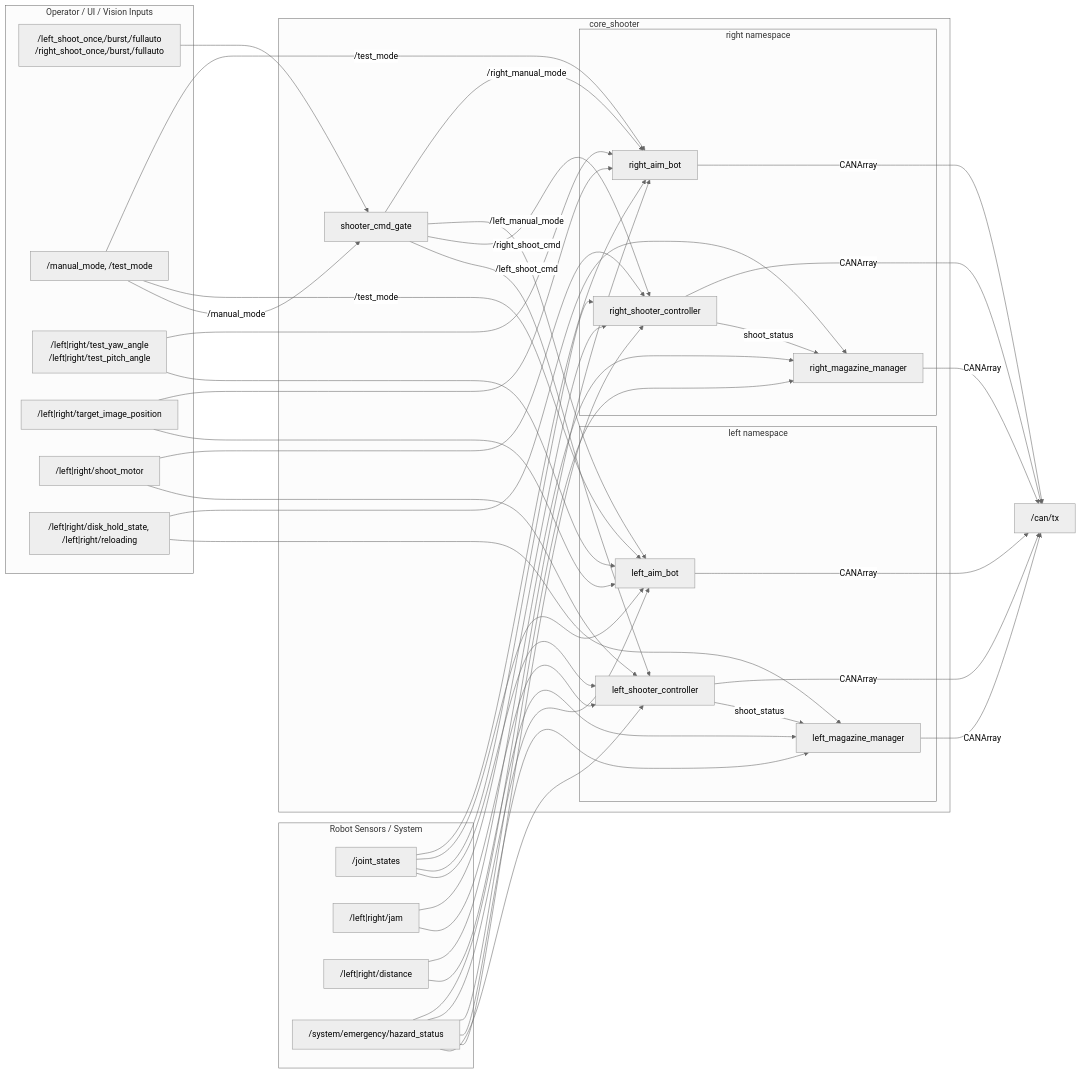
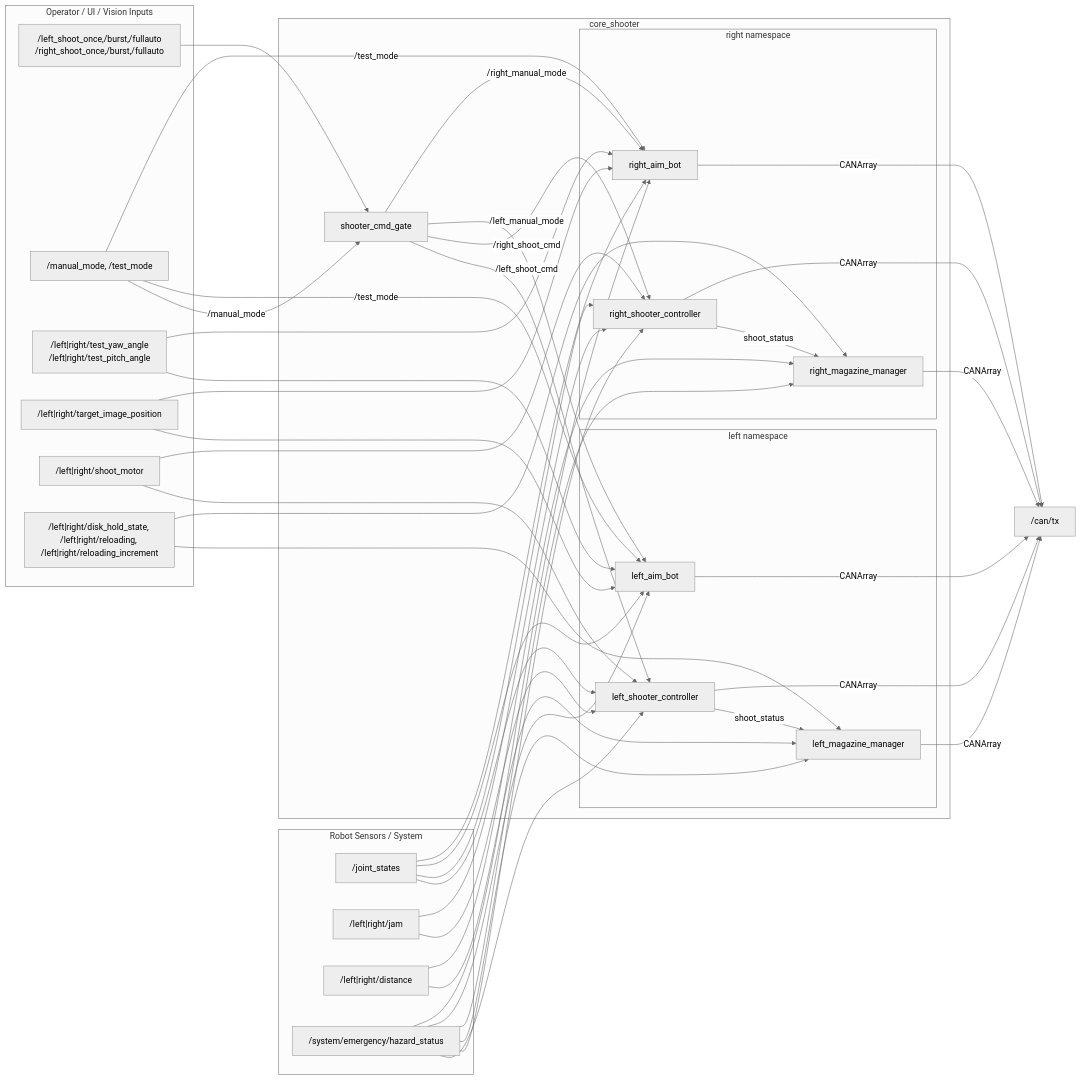
The first of 4 diagrams in core_shooter/docs/shooter_design.md (team-continue/core2026), drawn with Mermaid (neutral theme) before and after one commit. The commit also changed other lines of this file and 6 other files, not shown here.

````diff
--- a/core_shooter/docs/shooter_design.md
+++ b/core_shooter/docs/shooter_design.md
@@ -77,75 +77,75 @@
 ```mermaid
 flowchart LR
   subgraph UI["Operator / UI / Vision Inputs"]
     U1["/left_shoot_once,/burst,/fullauto<br/>/right_shoot_once,/burst,/fullauto"]
     U2["/manual_mode, /test_mode"]
     U3["/left|right/test_yaw_angle<br/>/left|right/test_pitch_angle"]
     U4["/left|right/target_image_position"]
     U5["/left|right/shoot_motor"]
-    U6["/left|right/disk_hold_state, /left|right/reloading"]
+    U6["/left|right/disk_hold_state, /left|right/reloading, /left|right/reloading_increment"]
   end
 
   subgraph Sensors["Robot Sensors / System"]
     S1["/joint_states"]
     S2["/left|right/jam"]
     S3["/left|right/distance"]
     S4["/system/emergency/hazard_status"]
   end
 
   subgraph ShooterPkg["core_shooter"]
     G["shooter_cmd_gate"]
     subgraph L["left namespace"]
       LC["left_shooter_controller"]
       LM["left_magazine_manager"]
       LA["left_aim_bot"]
     end
     subgraph R["right namespace"]
       RC["right_shooter_controller"]
       RM["right_magazine_manager"]
       RA["right_aim_bot"]
     end
   end
 
   U1 --> G
   U2 -->|/manual_mode| G
   G -->|/left_shoot_cmd| LC
   G -->|/right_shoot_cmd| RC
   G -->|/left_manual_mode| LA
   G -->|/right_manual_mode| RA
 
   U5 --> LC
   U5 --> RC
   U6 --> LM
   U6 --> RM
   U3 --> LA
   U3 --> RA
   U4 --> LA
   U4 --> RA
   U2 -->|/test_mode| LA
   U2 -->|/test_mode| RA
 
   S1 --> LC
   S1 --> RC
   S1 --> LA
   S1 --> RA
   S2 --> LC
   S2 --> RC
   S3 --> LM
   S3 --> RM
   S4 --> LC
   S4 --> RC
   S4 --> LM
   S4 --> RM
   S4 --> LA
   S4 --> RA
 
   LC -->|shoot_status| LM
   RC -->|shoot_status| RM
 
   LC -->|CANArray| CANBUS["/can/tx"]
   RC -->|CANArray| CANBUS
   LM -->|CANArray| CANBUS
   RM -->|CANArray| CANBUS
   LA -->|CANArray| CANBUS
   RA -->|CANArray| CANBUS
 ```
````
